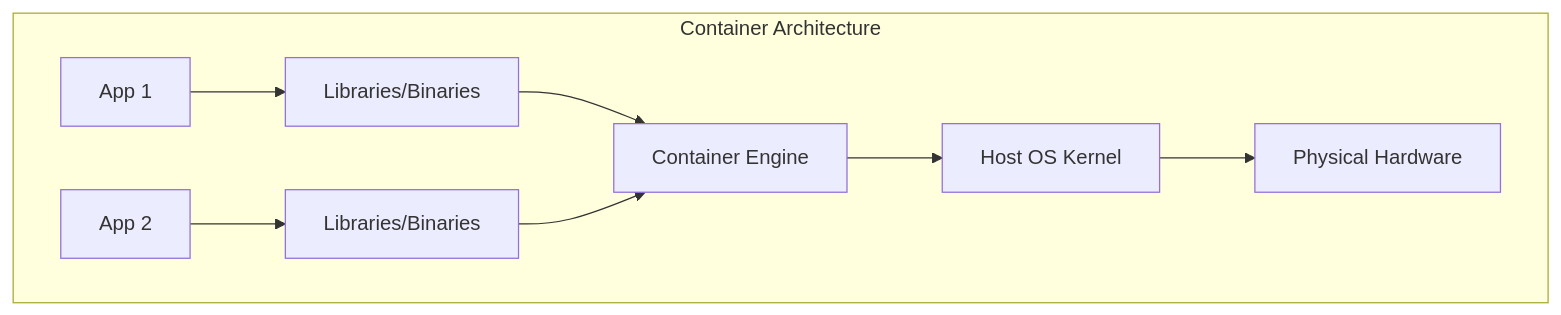
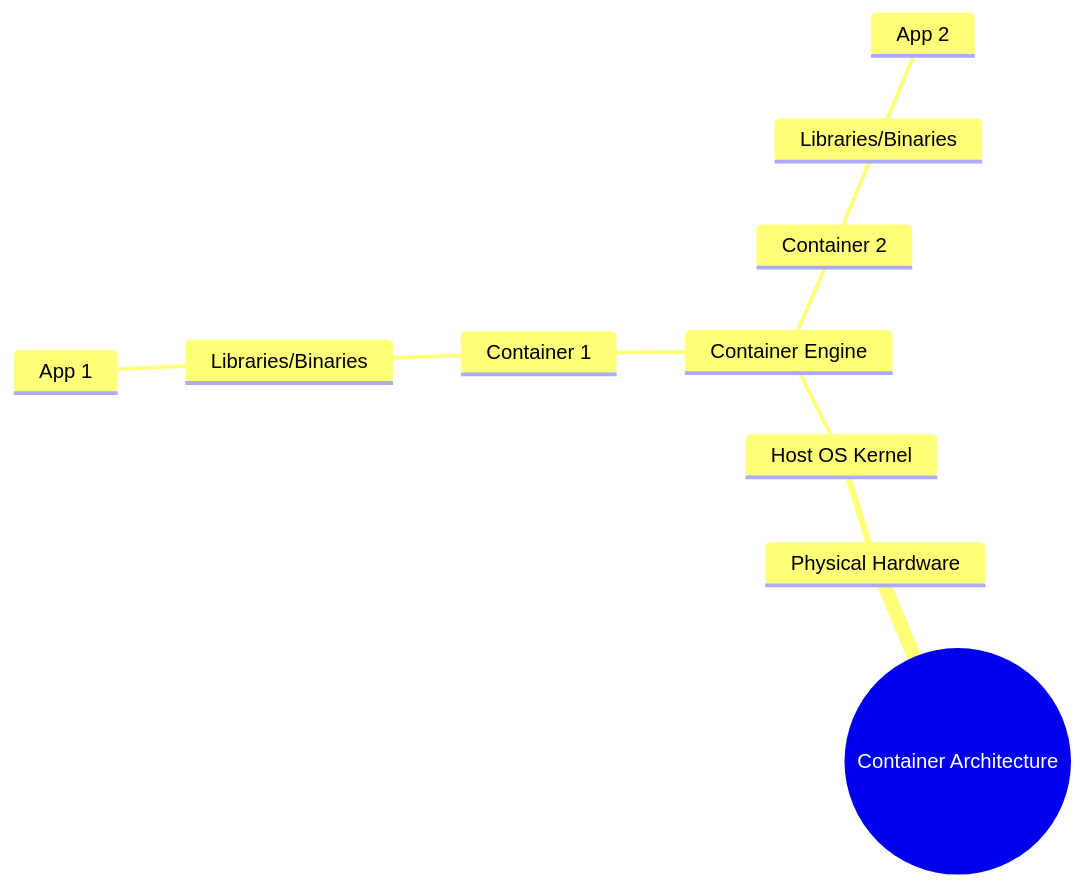
One commit to dyotamo/blog changed the second of 2 diagrams in content/articles/containers-vs-vms/index.md. Above: the diagram before and after it, drawn with Mermaid. The commit also changed other lines of this file and 26 other files, not shown here.

````diff
--- a/content/articles/containers-vs-vms/index.md
+++ b/content/articles/containers-vs-vms/index.md
@@ -52,11 +52,13 @@
 ```mermaid
-graph TD
-    subgraph Container_Architecture [Container Architecture]
-        App1[App 1] --> Bins1[Libraries/Binaries]
-        App2[App 2] --> Bins2[Libraries/Binaries]
-        Bins1 --> Engine[Container Engine]
-        Bins2 --> Engine
-        Engine --> Kernel[Host OS Kernel]
-        Kernel --> Hardware[Physical Hardware]
-    end
+mindmap
+  root((Container Architecture))
+    Physical Hardware
+      Host OS Kernel
+        Container Engine
+          Container 1
+            Libraries/Binaries
+              App 1
+          Container 2
+            Libraries/Binaries
+              App 2
 ```
````
